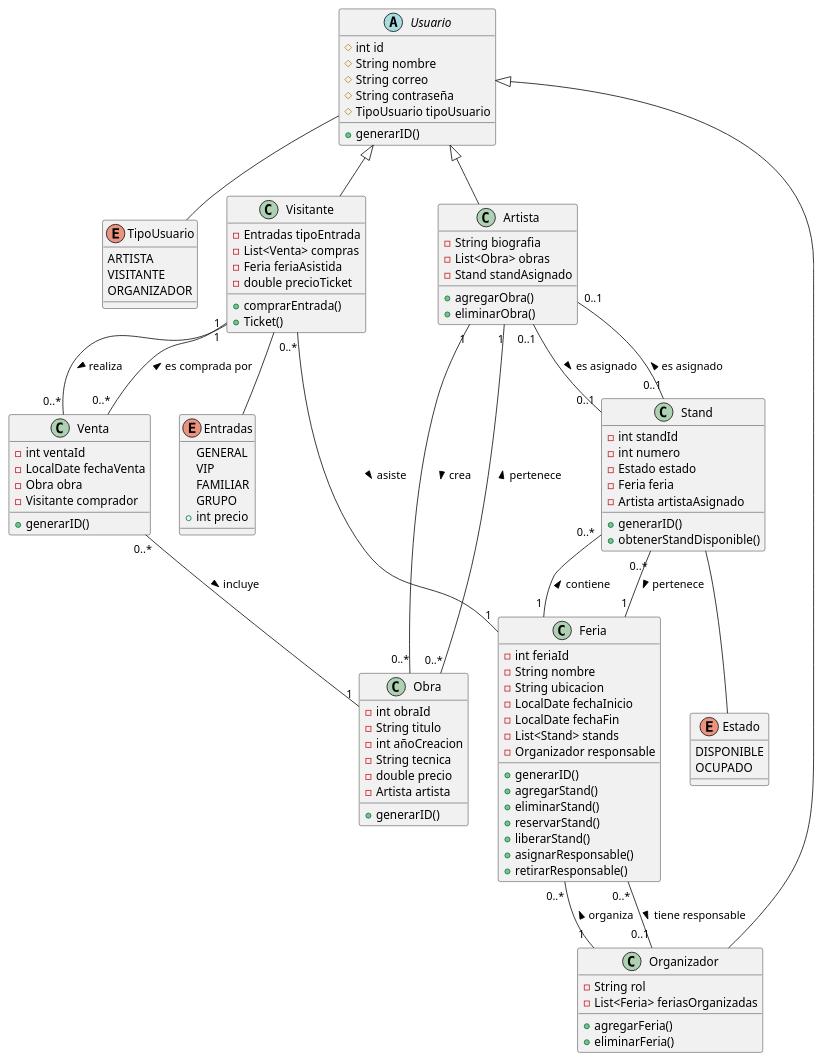
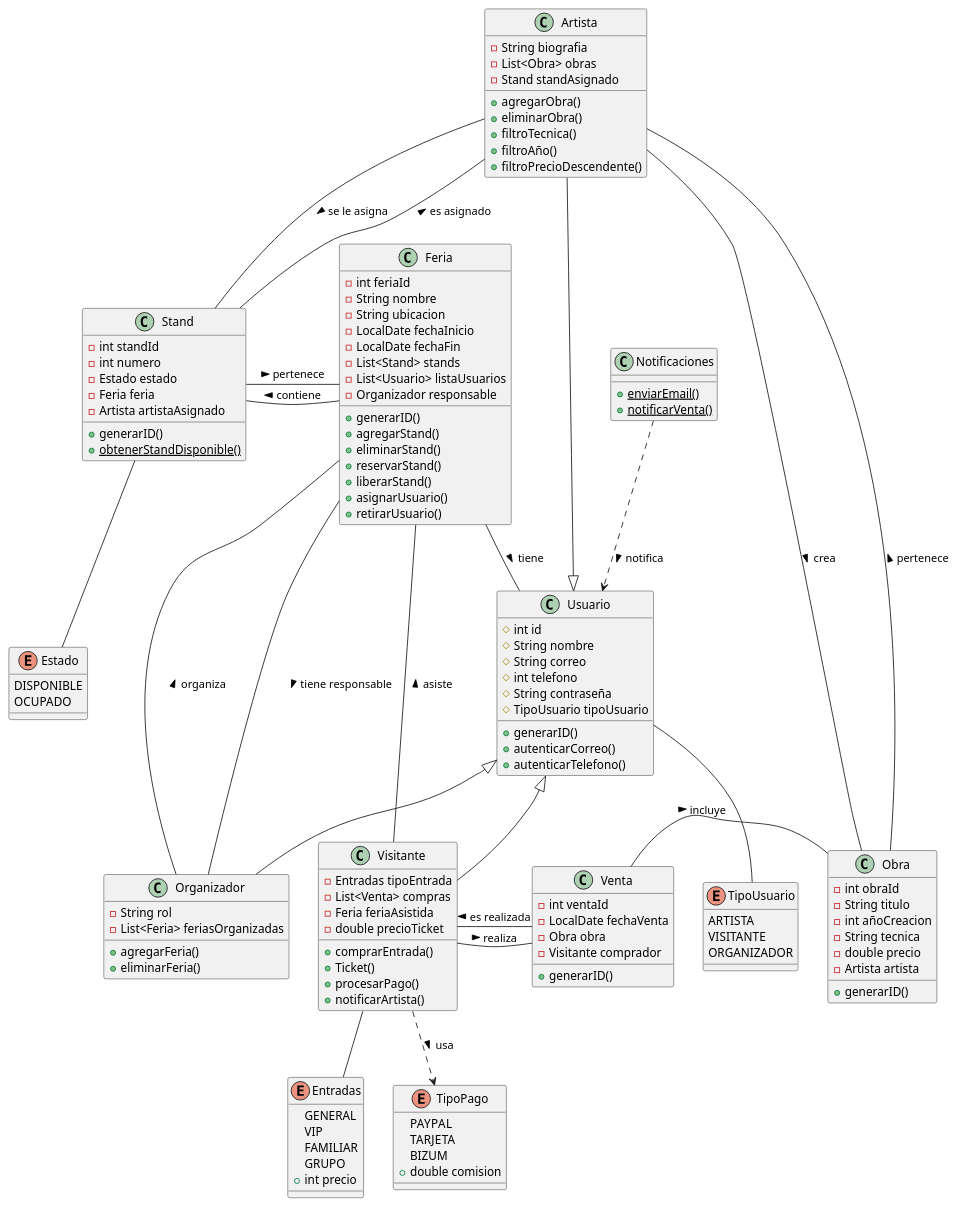
One commit to ArtExpo-Org/Proyecto-ArtExpo changed the diagram in src/main/java/Proyecto/diagramaClases.puml. Above: the diagram before and after it, drawn with PlantUML. The commit also changed 6 other files, not shown here.

```diff
--- a/src/main/java/Proyecto/diagramaClases.puml
+++ b/src/main/java/Proyecto/diagramaClases.puml
@@ -1,130 +1,155 @@
 @startuml
-' Enumerados
-enum TipoUsuario {
-  ARTISTA
-  VISITANTE
-  ORGANIZADOR
-}
+  ' Enumerados
+  enum TipoUsuario {
+    ARTISTA
+    VISITANTE
+    ORGANIZADOR
+  }
 
-enum Estado {
-  DISPONIBLE
-  OCUPADO
-}
+  enum Estado {
+    DISPONIBLE
+    OCUPADO
+  }
 
-enum Entradas {
-  GENERAL
-  VIP
-  FAMILIAR
-  GRUPO
-  + int precio
-}
+  enum Entradas {
+    GENERAL
+    VIP
+    FAMILIAR
+    GRUPO
+    + int precio
+  }
 
-' Clases principales
-abstract class Usuario {
-  # int id
-  # String nombre
-  # String correo
-  # String contraseña
-  # TipoUsuario tipoUsuario
-  + generarID()
-}
+  enum TipoPago {
+    PAYPAL
+    TARJETA
+    BIZUM
+    + double comision
+  }
 
-class Artista {
-  - String biografia
-  - List<Obra> obras
-  - Stand standAsignado
-  + agregarObra()
-  + eliminarObra()
-}
+  ' Clases principales
+  class Usuario {
+    # int id
+    # String nombre
+    # String correo
+    # int telefono
+    # String contraseña
+    # TipoUsuario tipoUsuario
+    + generarID()
+    + autenticarCorreo()
+    + autenticarTelefono()
+  }
 
-class Organizador {
-  - String rol
-  - List<Feria> feriasOrganizadas
-  + agregarFeria()
-  + eliminarFeria()
-}
+  class Artista {
+    - String biografia
+    - List<Obra> obras
+    - Stand standAsignado
+    + agregarObra()
+    + eliminarObra()
+    + filtroTecnica()
+    + filtroAño()
+    + filtroPrecioDescendente()
+  }
 
-class Visitante {
-  - Entradas tipoEntrada
-  - List<Venta> compras
-  - Feria feriaAsistida
-  - double precioTicket
-  + comprarEntrada()
-  + Ticket()
-}
+  class Organizador {
+    - String rol
+    - List<Feria> feriasOrganizadas
+    + agregarFeria()
+    + eliminarFeria()
+  }
 
-class Feria {
-  - int feriaId
-  - String nombre
-  - String ubicacion
-  - LocalDate fechaInicio
-  - LocalDate fechaFin
-  - List<Stand> stands
-  - Organizador responsable
-  + generarID()
-  + agregarStand()
-  + eliminarStand()
-  + reservarStand()
-  + liberarStand()
-  + asignarResponsable()
-  + retirarResponsable()
-}
+  class Visitante {
+    - Entradas tipoEntrada
+    - List<Venta> compras
+    - Feria feriaAsistida
+    - double precioTicket
+    + comprarEntrada()
+    + Ticket()
+    + procesarPago()
+    + notificarArtista()
+  }
 
-class Stand {
-  - int standId
-  - int numero
-  - Estado estado
-  - Feria feria
-  - Artista artistaAsignado
-  + generarID()
-  + obtenerStandDisponible()
-}
+  class Feria {
+    - int feriaId
+    - String nombre
+    - String ubicacion
+    - LocalDate fechaInicio
+    - LocalDate fechaFin
+    - List<Stand> stands
+    - List<Usuario> listaUsuarios
+    - Organizador responsable
+    + generarID()
+    + agregarStand()
+    + eliminarStand()
+    + reservarStand()
+    + liberarStand()
+    + asignarUsuario()
+    + retirarUsuario()
+  }
 
-class Obra {
-  - int obraId
-  - String titulo
-  - int añoCreacion
-  - String tecnica
-  - double precio
-  - Artista artista
-  + generarID()
-}
+  class Stand {
+    - int standId
+    - int numero
+    - Estado estado
+    - Feria feria
+    - Artista artistaAsignado
+    + generarID()
+    + {static} obtenerStandDisponible()
+  }
 
-class Venta {
-  - int ventaId
-  - LocalDate fechaVenta
-  - Obra obra
-  - Visitante comprador
-  + generarID()
-}
+  class Obra {
+    - int obraId
+    - String titulo
+    - int añoCreacion
+    - String tecnica
+    - double precio
+    - Artista artista
+    + generarID()
+  }
 
-' Relaciones de herencia
-Usuario <|-- Artista
-Usuario <|-- Organizador
-Usuario <|-- Visitante
+  class Venta {
+    - int ventaId
+    - LocalDate fechaVenta
+    - Obra obra
+    - Visitante comprador
+    + generarID()
+  }
 
-' Asociaciones
-Usuario -- TipoUsuario
+  class Notificaciones {
+    + {static} enviarEmail()
+    + {static} notificarVenta()
+  }
 
-Artista "1" -- "0..*" Obra : crea >
-Artista "0..1" -- "0..1" Stand : es asignado >
+  ' Relaciones de herencia
+  Usuario <|-- Artista
+  Usuario <|-- Organizador
+  Usuario <|-- Visitante
 
-Organizador "1" -- "0..*" Feria : organiza >
+  ' Asociaciones
+  Usuario -- TipoUsuario
 
-Visitante -- Entradas
-Visitante "1" -- "0..*" Venta : realiza >
-Visitante "0..*" -- "1" Feria : asiste >
+  Artista -- Obra : crea >
+  Artista -- Stand : se le asigna >
 
-Feria "1" -- "0..*" Stand : contiene >
-Feria "0..*" -- "0..1" Organizador : tiene responsable >
+  Organizador -- Feria : organiza >
 
-Stand -- Estado
-Stand "0..*" -- "1" Feria : pertenece >
-Stand "0..1" -- "0..1" Artista : es asignado >
+  Visitante -- Entradas
+  Visitante -- Venta : realiza >
+  Visitante - Feria : asiste >
+  Visitante ..> TipoPago : usa >
 
-Obra "0..*" -- "1" Artista : pertenece >
+  Feria -- Stand : contiene >
+  Feria -- Usuario : tiene >
+  Feria - Organizador : tiene responsable >
 
-Venta "0..*" -- "1" Obra : incluye >
-Venta "0..*" -- "1" Visitante : es comprada por >
+  Stand -- Estado
+  Stand - Feria : pertenece >
+  Stand -- Artista : es asignado >
 
-@enduml
+  Obra - Artista : pertenece >
+
+  Venta - Obra : incluye >
+  Venta - Visitante : es realizada >
+
+  Notificaciones ..> Usuario : notifica >
+
+  @enduml
```
